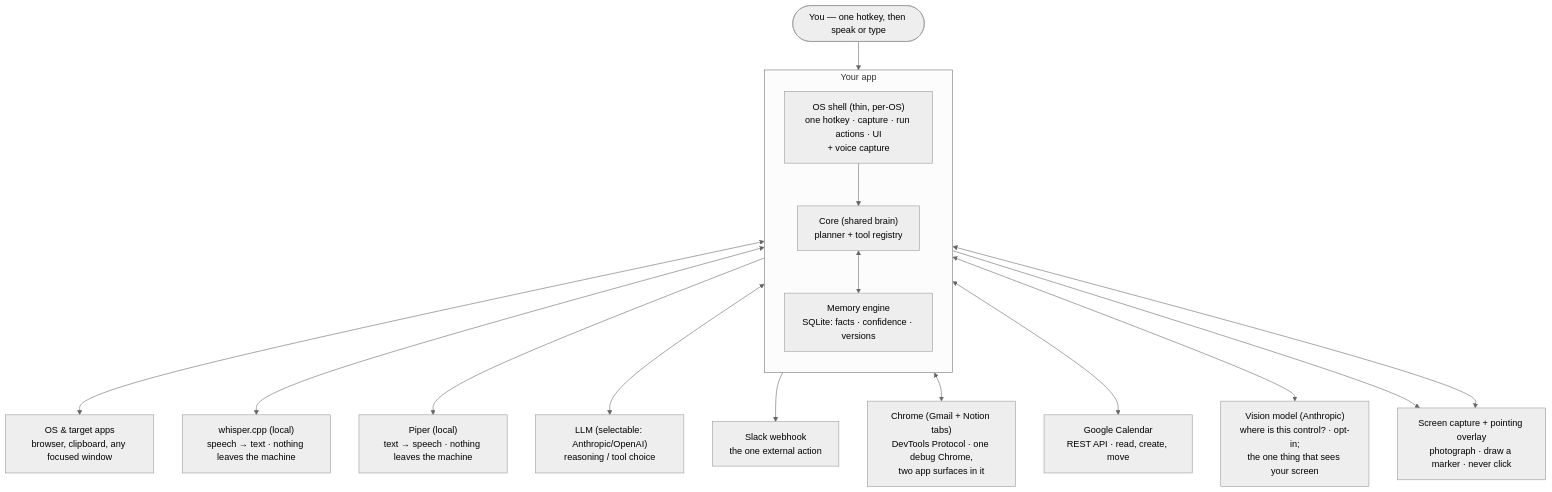
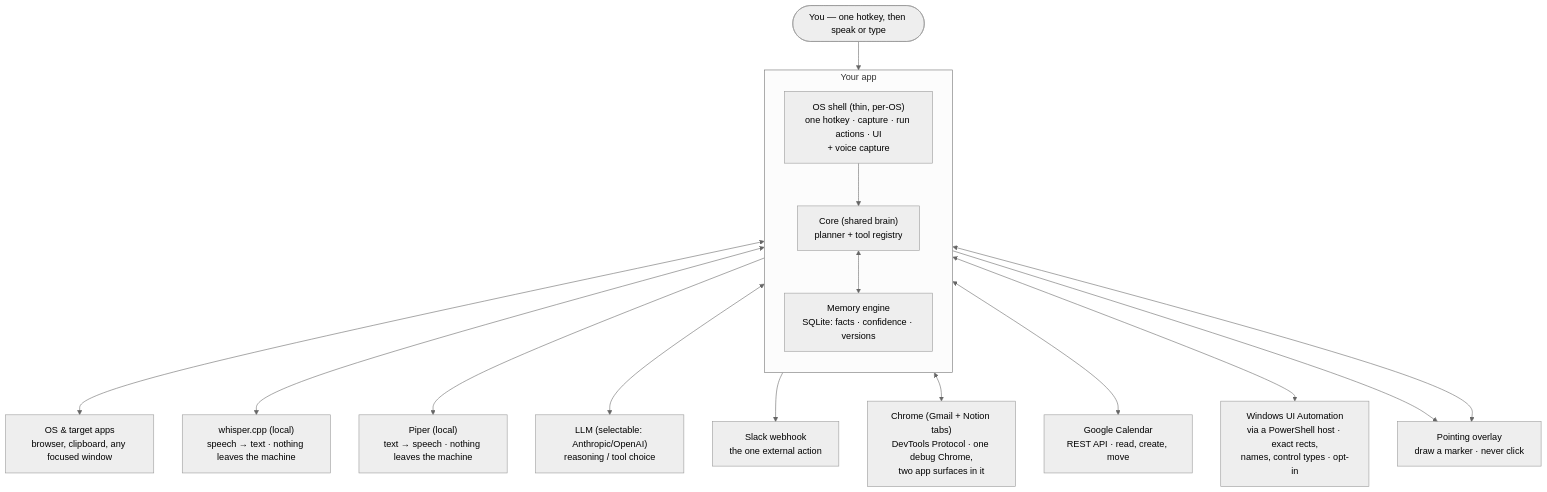
Before and after one commit to Sejall-089/voice-agent: the first of 9 diagrams in ARCHITECTURE.md, drawn with Mermaid (neutral theme). The commit also changed other lines of this file and 6 other files, not shown here.

First line of the commit message:
M16.12: docs — spec.md, ARCHITECTURE.md, README.md rewritten for the UIA pipeline

````diff
--- a/ARCHITECTURE.md
+++ b/ARCHITECTURE.md
@@ -28,35 +28,35 @@
 ```mermaid
 flowchart TB
     User(["You — one hotkey, then speak or type"])
 
     subgraph App["Your app"]
         direction TB
         Shell["OS shell (thin, per-OS)<br/>one hotkey · capture · run actions · UI<br/>+ voice capture"]
         Core["Core (shared brain)<br/>planner + tool registry"]
         Memory["Memory engine<br/>SQLite: facts · confidence · versions"]
         Shell --> Core
         Core <--> Memory
     end
 
     Whisper["whisper.cpp (local)<br/>speech → text · nothing leaves the machine"]
     Piper["Piper (local)<br/>text → speech · nothing leaves the machine"]
     Chrome["Chrome (Gmail + Notion tabs)<br/>DevTools Protocol · one debug Chrome,<br/>two app surfaces in it"]
     LLM["LLM (selectable: Anthropic/OpenAI)<br/>reasoning / tool choice"]
     Slack["Slack webhook<br/>the one external action"]
     Calendar["Google Calendar<br/>REST API · read, create, move"]
-    Vision["Vision model (Anthropic)<br/>where is this control? · opt-in;<br/>the one thing that sees your screen"]
-    Screen["Screen capture + pointing overlay<br/>photograph · draw a marker · never click"]
+    UIA["Windows UI Automation<br/>via a PowerShell host · exact rects,<br/>names, control types · opt-in"]
+    Screen["Pointing overlay<br/>draw a marker · never click"]
     OS["OS &amp; target apps<br/>browser, clipboard, any focused window"]
 
     User --> Shell
     Shell <--> OS
     Shell <--> Whisper
     Shell --> Piper
     Core <--> LLM
     Core --> Slack
     Core <--> Chrome
     Core <--> Calendar
-    Core <--> Vision
+    Core <--> UIA
     Shell --> Screen
     Core <--> Screen
 ```
````
